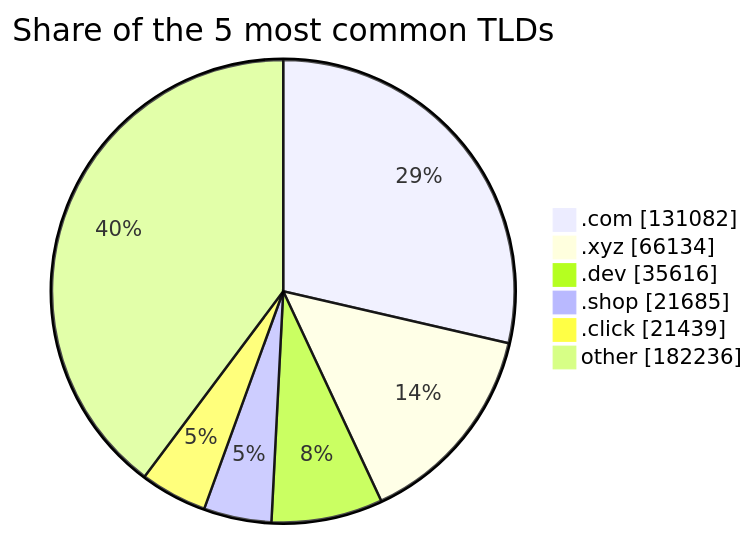
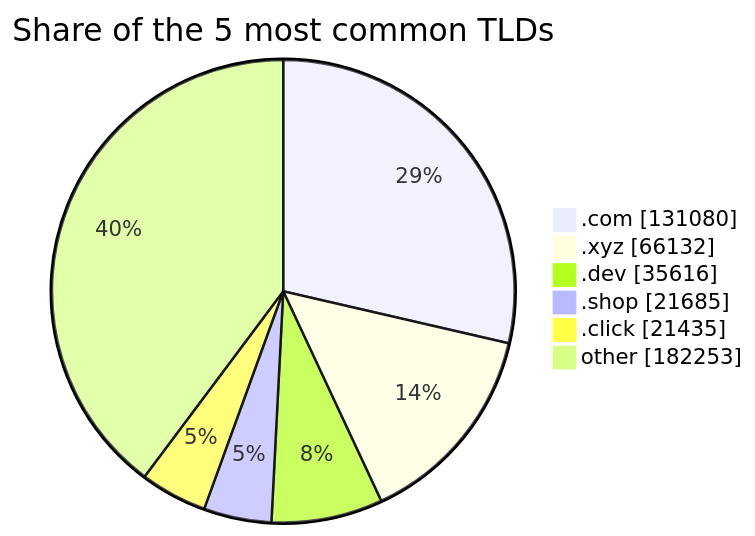
Before and after one commit to DNSBunker/CTI: the third of 3 diagrams in README.md, drawn with Mermaid. The commit also changed other lines of this file and 3 other files, not shown here.

````diff
--- a/README.md
+++ b/README.md
@@ -81,9 +81,9 @@
 ```mermaid
 pie showData title Share of the 5 most common TLDs
-    ".com" : 131082
-    ".xyz" : 66134
+    ".com" : 131080
+    ".xyz" : 66132
     ".dev" : 35616
     ".shop" : 21685
-    ".click" : 21439
-    "other" : 182236
+    ".click" : 21435
+    "other" : 182253
 ```
````
